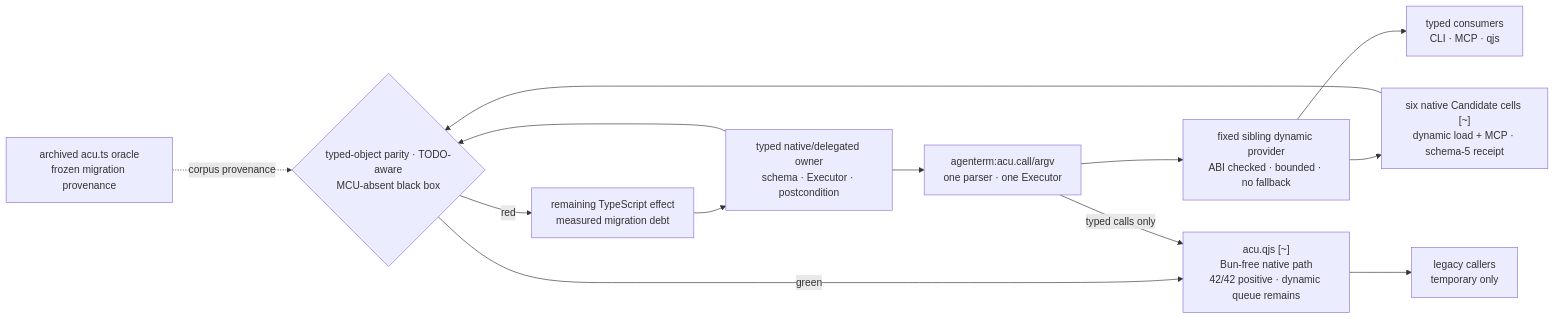
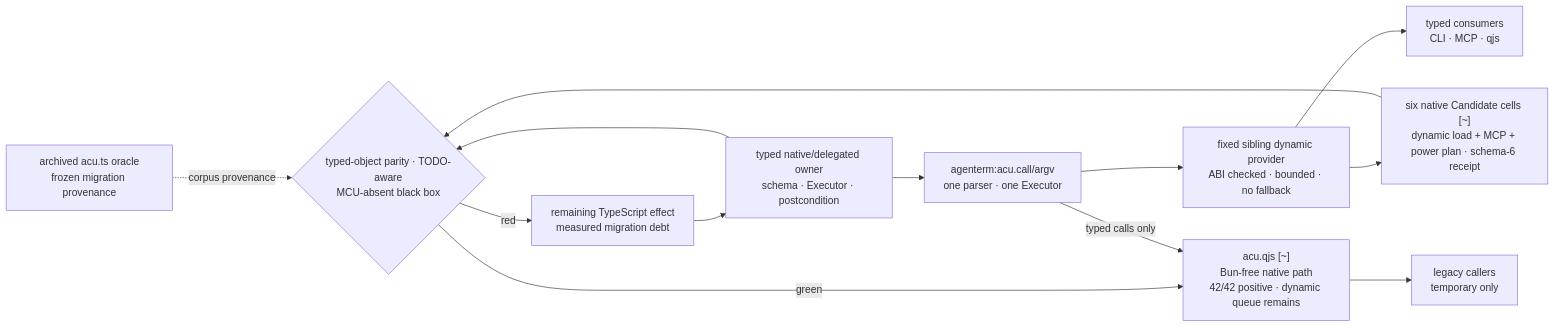
The first of 20 diagrams in prd/PRD_02_28_agenterm_cu.md (partnernetsoftware/agenterm), drawn with Mermaid before and after one commit. The commit also changed other lines of this file and 12 other files, not shown here.

Commit message:
court: exercise ACU power plans through qjs object

````diff
--- a/prd/PRD_02_28_agenterm_cu.md
+++ b/prd/PRD_02_28_agenterm_cu.md
@@ -196,20 +206,20 @@
   ```mermaid
   flowchart LR
     TS["archived acu.ts oracle<br/>frozen migration provenance"]
     OWNER["typed native/delegated owner<br/>schema · Executor · postcondition"]
     OBJ["agenterm:acu.call/argv<br/>one parser · one Executor"]
     PROVIDER["fixed sibling dynamic provider<br/>ABI checked · bounded · no fallback"]
-    COURT["six native Candidate cells [~]<br/>dynamic load + MCP · schema-5 receipt"]
+    COURT["six native Candidate cells [~]<br/>dynamic load + MCP + power plan · schema-6 receipt"]
     GATE{"typed-object parity · TODO-aware<br/>MCU-absent black box"}
     QJS["acu.qjs [~]<br/>Bun-free native path<br/>42/42 positive · dynamic queue remains"]
     USERS["typed consumers<br/>CLI · MCP · qjs"]
     LEGACY["legacy callers<br/>temporary only"]
     DEBT["remaining TypeScript effect<br/>measured migration debt"]
     OWNER --> OBJ --> PROVIDER --> USERS
     PROVIDER --> COURT --> GATE
     TS -. corpus provenance .-> GATE
     OWNER --> GATE
     GATE -->|red| DEBT --> OWNER
     GATE -->|green| QJS --> LEGACY
     OBJ -->|typed calls only| QJS
   ```
````
